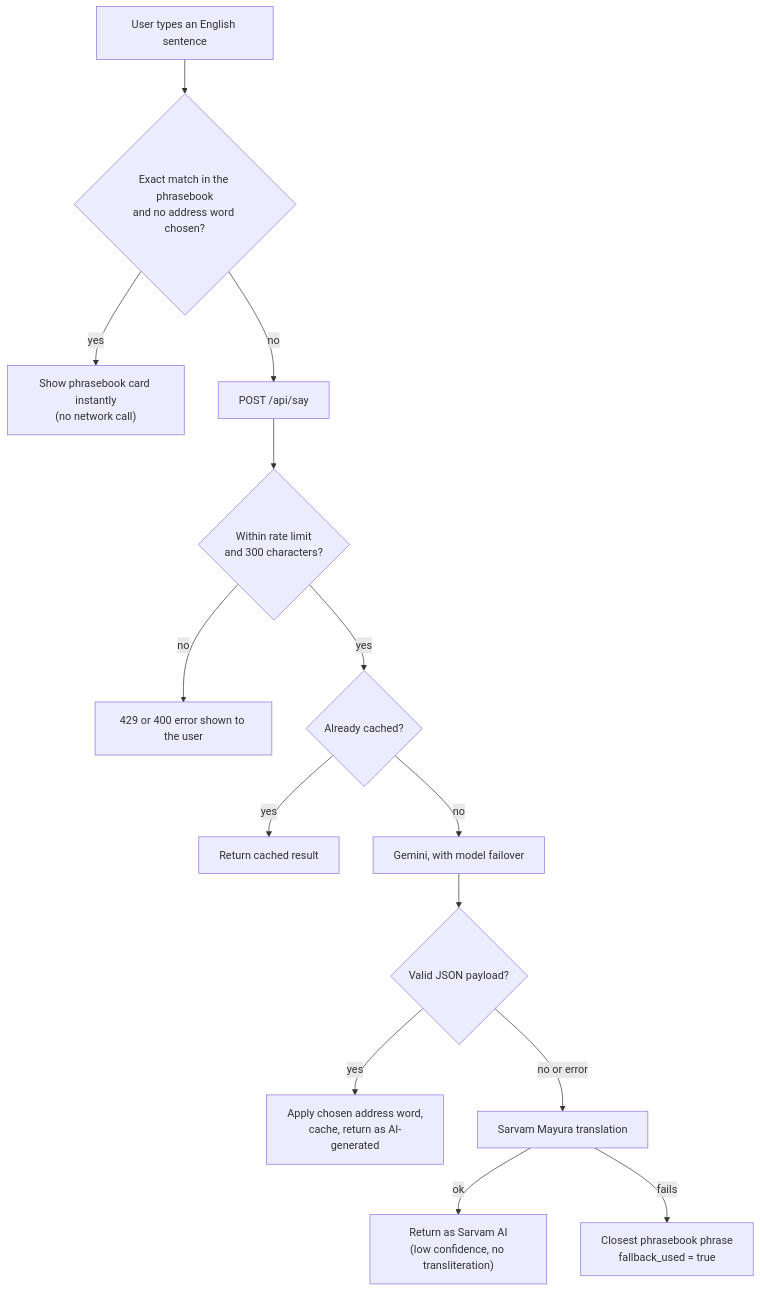
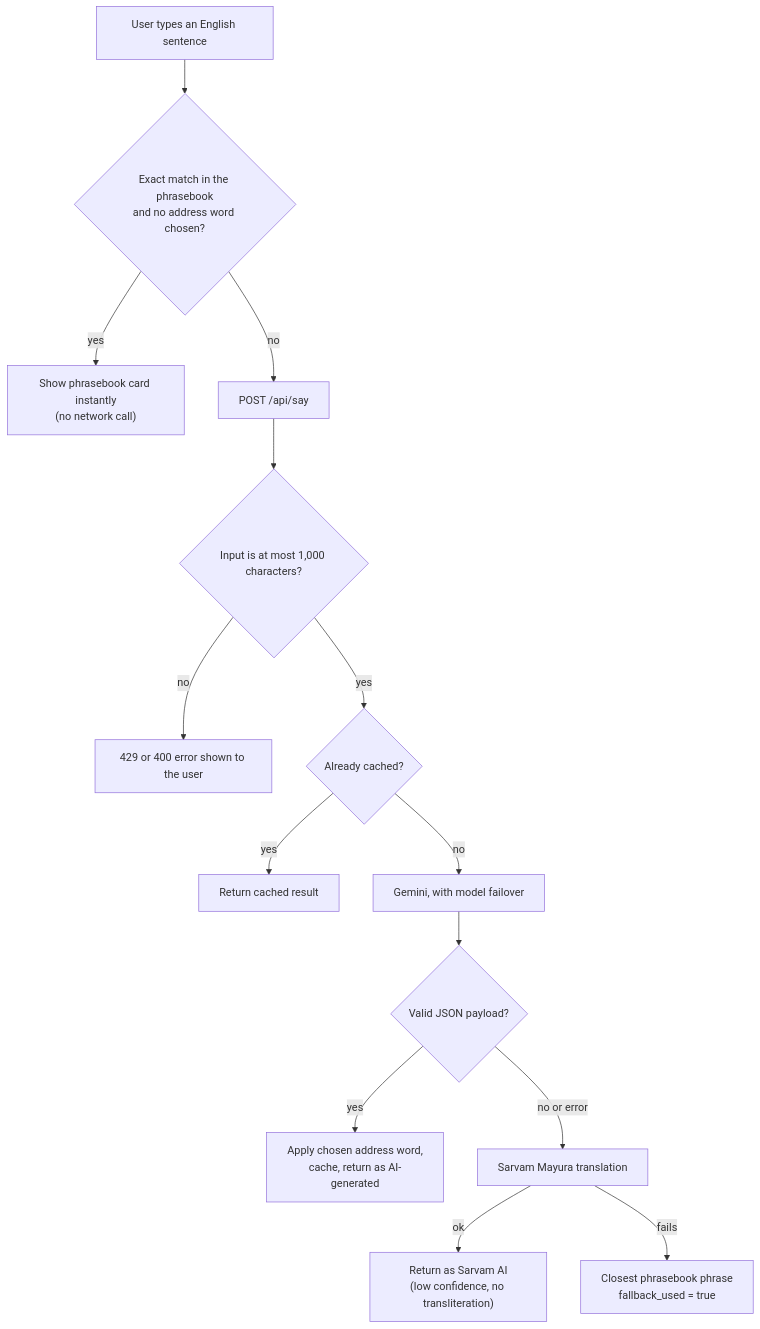
The first of 2 diagrams in README.md (ishitGsigma/kannada-companion), drawn with Mermaid before and after one commit. The commit also changed other lines of this file and 3 other files, not shown here.

````diff
--- a/README.md
+++ b/README.md
@@ -128,16 +128,16 @@
 ```mermaid
 flowchart TD
   A["User types an English sentence"] --> B{"Exact match in the phrasebook<br/>and no address word chosen?"}
   B -- yes --> C["Show phrasebook card instantly<br/>(no network call)"]
   B -- no --> D["POST /api/say"]
-  D --> R{"Within rate limit<br/>and 300 characters?"}
+  D --> R{"Input is at most 1,000 characters?"}
   R -- no --> X["429 or 400 error shown to the user"]
   R -- yes --> E{"Already cached?"}
   E -- yes --> Z["Return cached result"]
   E -- no --> F["Gemini, with model failover"]
   F --> G{"Valid JSON payload?"}
   G -- yes --> H["Apply chosen address word,<br/>cache, return as AI-generated"]
   G -- "no or error" --> I["Sarvam Mayura translation"]
   I -- ok --> J["Return as Sarvam AI<br/>(low confidence, no transliteration)"]
   I -- fails --> K["Closest phrasebook phrase<br/>fallback_used = true"]
 ```
````
